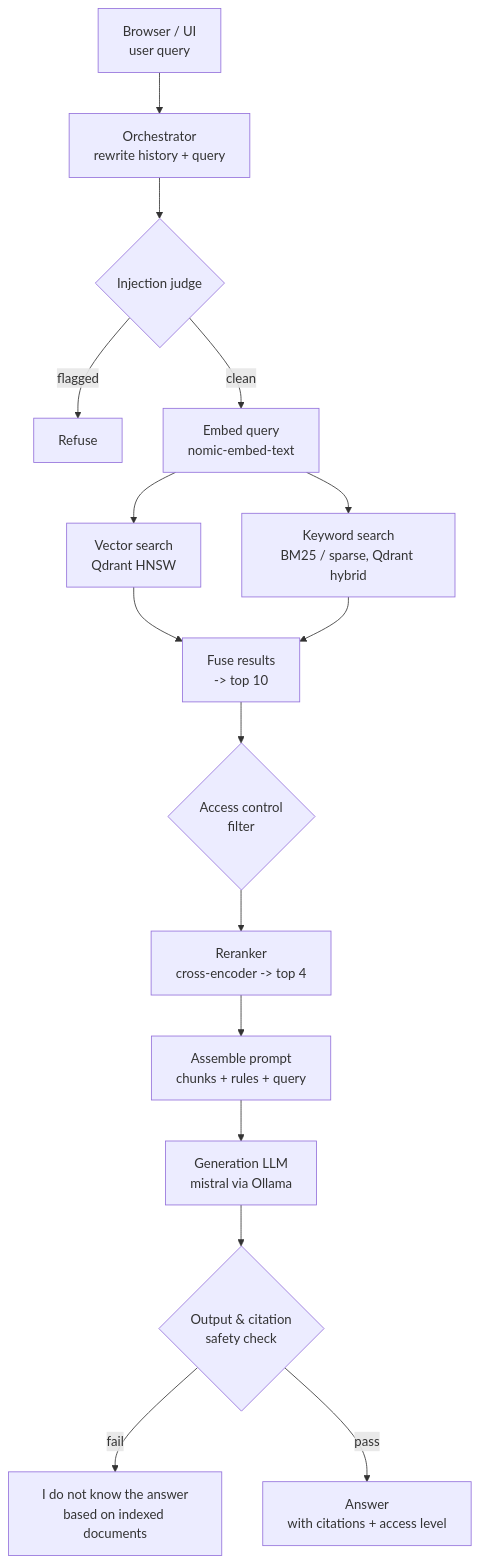
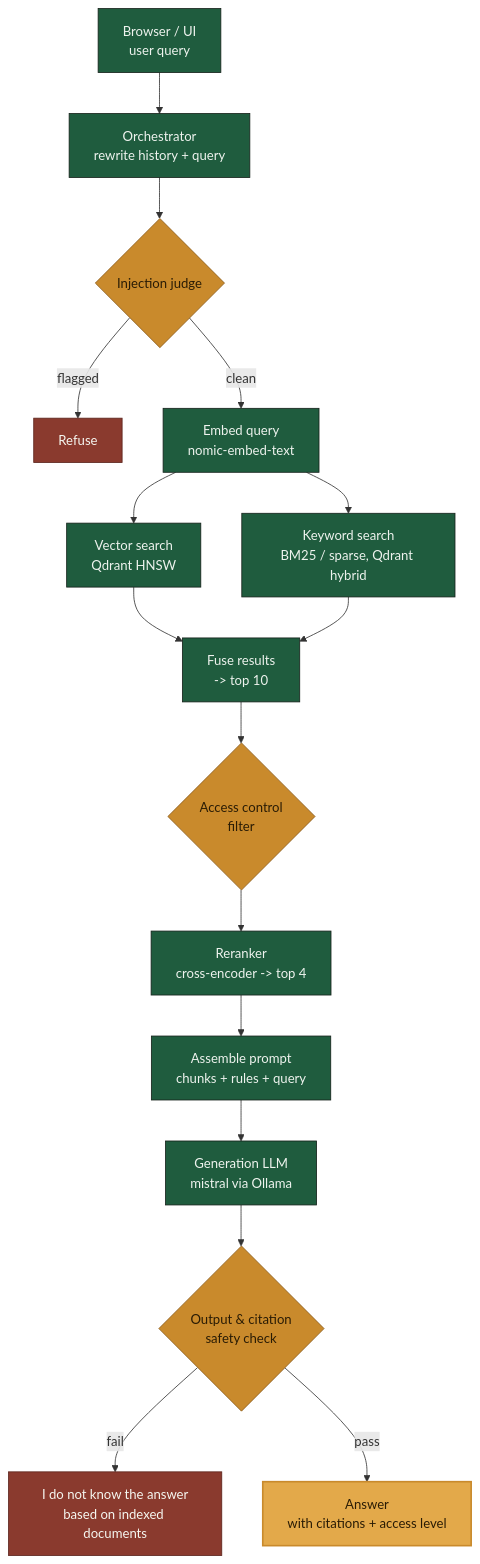
One commit to SumukhaK/agentic-rag changed the second of 2 diagrams in README.md. Above: the diagram before and after it, drawn with Mermaid. The commit also changed other lines of this file, not shown here.

Commit message:
docs(repo): color the architecture diagrams to match the walkthrough palette (#63)
Both Mermaid diagrams in README.md's Architecture section rendered in
GitHub's flat default styling. Added classDef/:::class styling using
the same semantic palette the published walkthrough already
established: turf green for pipeline steps, gold for the three guard/
checkpoint decisions (injection judge, access control, output/citation
check), brick red for refusal endpoints, and a brighter gold for the
final grounded-answer success state.

````diff
--- a/README.md
+++ b/README.md
@@ -45,18 +48,23 @@
 ```mermaid
 flowchart TD
-    U[Browser / UI\nuser query] --> ORCH[Orchestrator\nrewrite history + query]
-    ORCH --> INJ{Injection judge}
-    INJ -- flagged --> REFUSE[Refuse]
-    INJ -- clean --> EMBQ[Embed query\nnomic-embed-text]
-    EMBQ --> VEC[Vector search\nQdrant HNSW]
-    EMBQ --> KW[Keyword search\nBM25 / sparse, Qdrant hybrid]
-    VEC --> FUSE[Fuse results\n-> top 10]
+    U[Browser / UI\nuser query]:::process --> ORCH[Orchestrator\nrewrite history + query]:::process
+    ORCH --> INJ{Injection judge}:::guard
+    INJ -- flagged --> REFUSE[Refuse]:::decline
+    INJ -- clean --> EMBQ[Embed query\nnomic-embed-text]:::process
+    EMBQ --> VEC[Vector search\nQdrant HNSW]:::process
+    EMBQ --> KW[Keyword search\nBM25 / sparse, Qdrant hybrid]:::process
+    VEC --> FUSE[Fuse results\n-> top 10]:::process
     KW --> FUSE
-    FUSE --> ACL{Access control\nfilter}
-    ACL --> RERANK[Reranker\ncross-encoder -> top 4]
-    RERANK --> PROMPT[Assemble prompt\nchunks + rules + query]
-    PROMPT --> LLM[Generation LLM\nmistral via Ollama]
-    LLM --> OUTCHK{Output & citation\nsafety check}
-    OUTCHK -- fail --> IDK["I do not know the answer\nbased on indexed documents"]
-    OUTCHK -- pass --> ANSWER[Answer\nwith citations + access level]
+    FUSE --> ACL{Access control\nfilter}:::guard
+    ACL --> RERANK[Reranker\ncross-encoder -> top 4]:::process
+    RERANK --> PROMPT[Assemble prompt\nchunks + rules + query]:::process
+    PROMPT --> LLM[Generation LLM\nmistral via Ollama]:::process
+    LLM --> OUTCHK{Output & citation\nsafety check}:::guard
+    OUTCHK -- fail --> IDK["I do not know the answer\nbased on indexed documents"]:::decline
+    OUTCHK -- pass --> ANSWER[Answer\nwith citations + access level]:::success
+
+    classDef process fill:#1f5c3e,stroke:#16221b,stroke-width:1px,color:#eef3ee
+    classDef guard fill:#c98a2c,stroke:#8a5a1a,stroke-width:1px,color:#2a1c05
+    classDef decline fill:#8a3a2e,stroke:#5c241c,stroke-width:1px,color:#f6f7f1
+    classDef success fill:#e3a94a,stroke:#c98a2c,stroke-width:2px,color:#2a1c05
 ```
````
